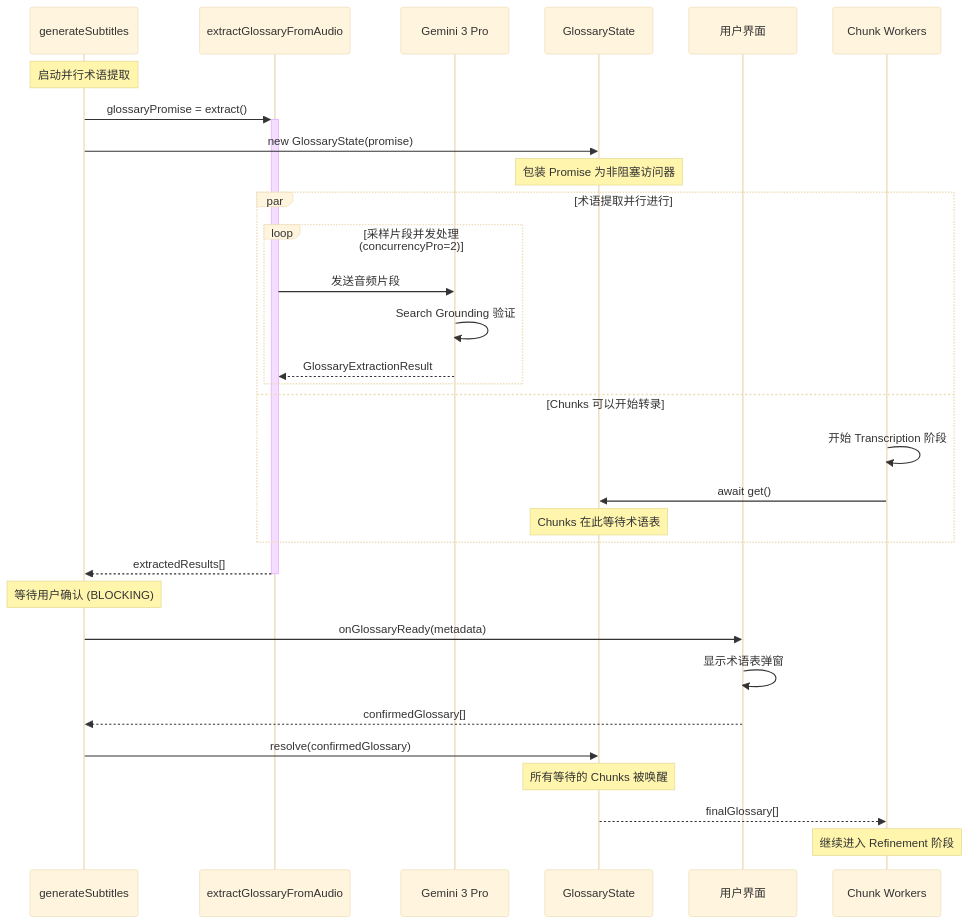
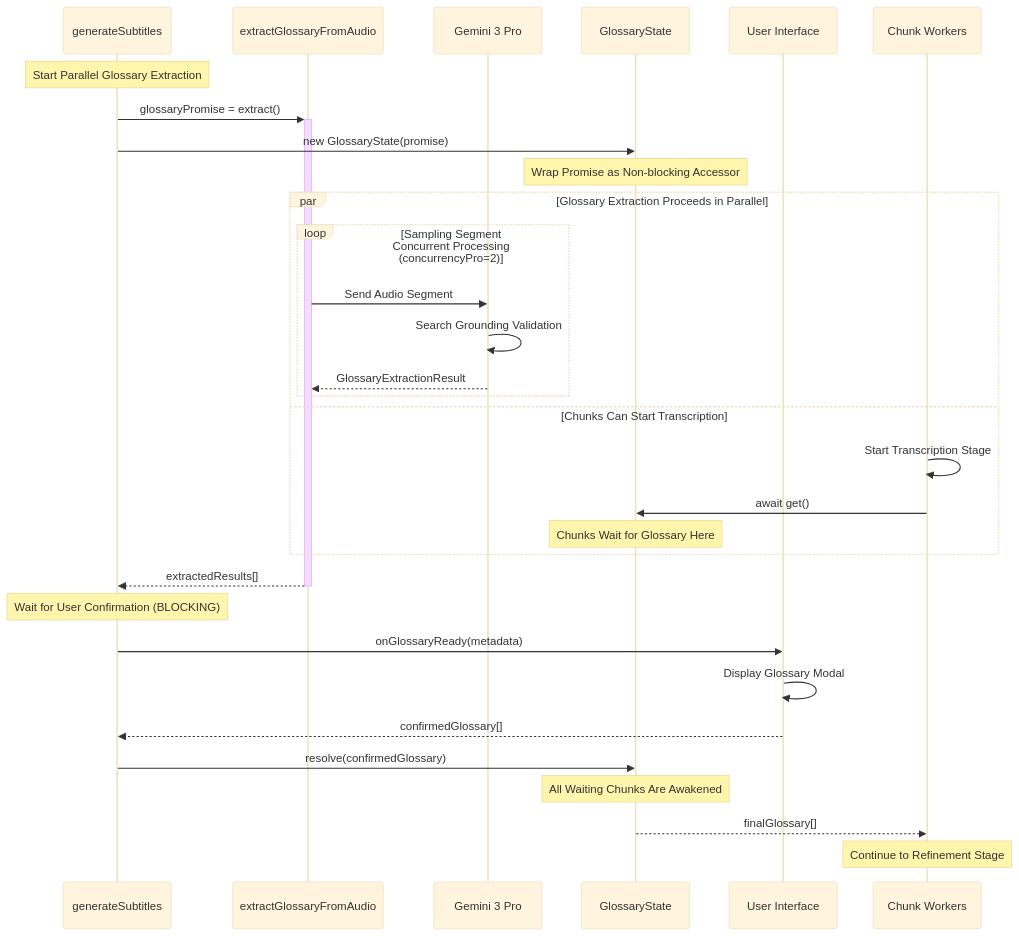
The seventh of 14 diagrams in docs/ARCHITECTURE.md (corvo007/MioSub), drawn with Mermaid (base theme) before and after one commit. The commit also changed other lines of this file and 3 other files, not shown here.

First line of the commit message:
docs: add bilingual README and ARCHITECTURE documentation

````diff
--- a/docs/ARCHITECTURE.md
+++ b/docs/ARCHITECTURE.md
@@ -582,39 +584,39 @@
 ```mermaid
 sequenceDiagram
     participant Pipeline as generateSubtitles
     participant Glossary as extractGlossaryFromAudio
     participant Pro as Gemini 3 Pro
     participant State as GlossaryState
-    participant UI as 用户界面
+    participant UI as User Interface
     participant Chunks as Chunk Workers
 
-    Note over Pipeline: 启动并行术语提取
+    Note over Pipeline: Start Parallel Glossary Extraction
     Pipeline->>+Glossary: glossaryPromise = extract()
     Pipeline->>State: new GlossaryState(promise)
-    Note over State: 包装 Promise 为非阻塞访问器
+    Note over State: Wrap Promise as Non-blocking Accessor
 
-    par 术语提取并行进行
-        loop 采样片段并发处理 (concurrencyPro=2)
-            Glossary->>Pro: 发送音频片段
-            Pro->>Pro: Search Grounding 验证
+    par Glossary Extraction Proceeds in Parallel
+        loop Sampling Segment Concurrent Processing (concurrencyPro=2)
+            Glossary->>Pro: Send Audio Segment
+            Pro->>Pro: Search Grounding Validation
             Pro-->>Glossary: GlossaryExtractionResult
         end
-    and Chunks 可以开始转录
-        Chunks->>Chunks: 开始 Transcription 阶段
+    and Chunks Can Start Transcription
+        Chunks->>Chunks: Start Transcription Stage
         Chunks->>State: await get()
-        Note over State: Chunks 在此等待术语表
+        Note over State: Chunks Wait for Glossary Here
     end
 
     Glossary-->>-Pipeline: extractedResults[]
 
-    Note over Pipeline: 等待用户确认 (BLOCKING)
+    Note over Pipeline: Wait for User Confirmation (BLOCKING)
     Pipeline->>UI: onGlossaryReady(metadata)
-    UI->>UI: 显示术语表弹窗
+    UI->>UI: Display Glossary Modal
     UI-->>Pipeline: confirmedGlossary[]
 
     Pipeline->>State: resolve(confirmedGlossary)
-    Note over State: 所有等待的 Chunks 被唤醒
+    Note over State: All Waiting Chunks Are Awakened
 
     State-->>Chunks: finalGlossary[]
-    Note over Chunks: 继续进入 Refinement 阶段
+    Note over Chunks: Continue to Refinement Stage
 ```
````
